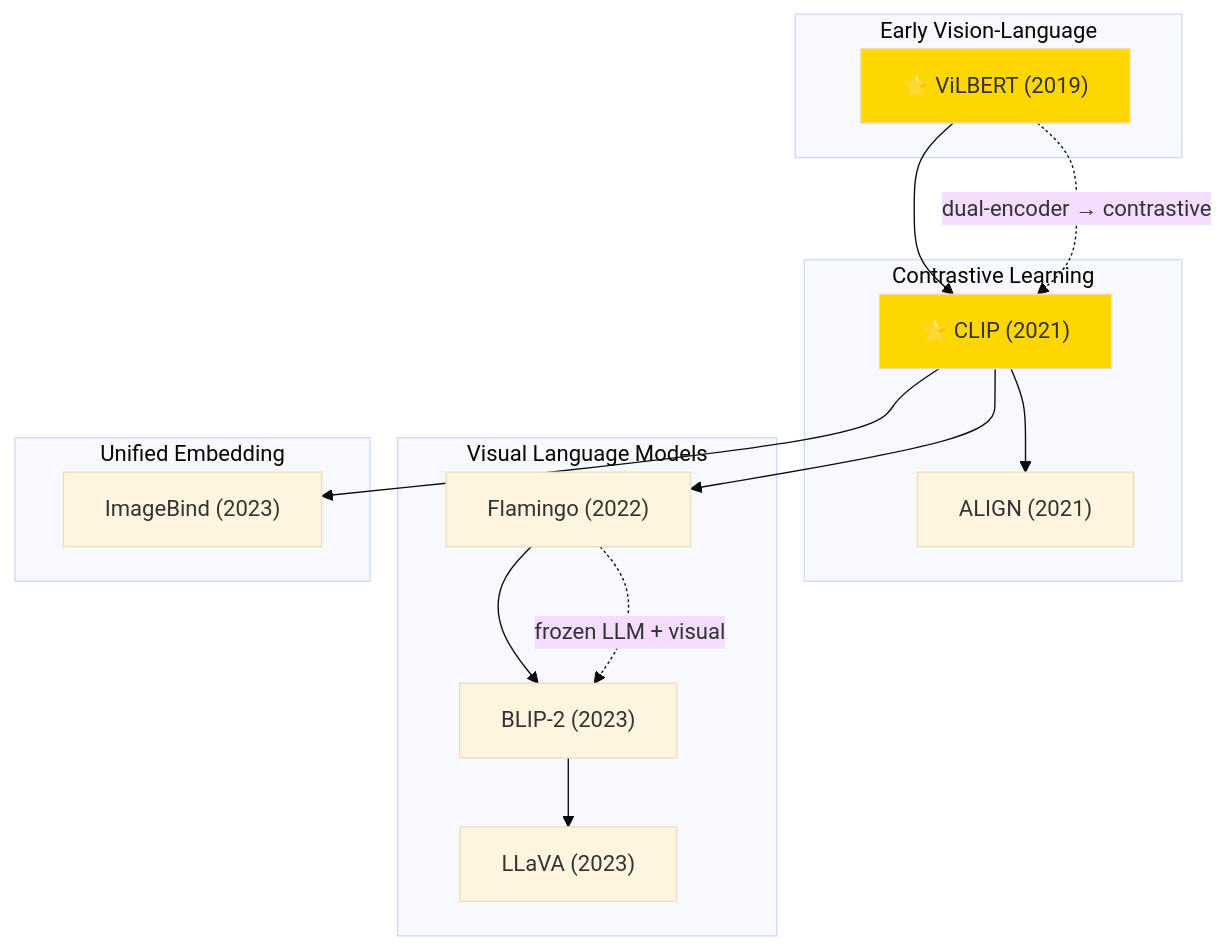
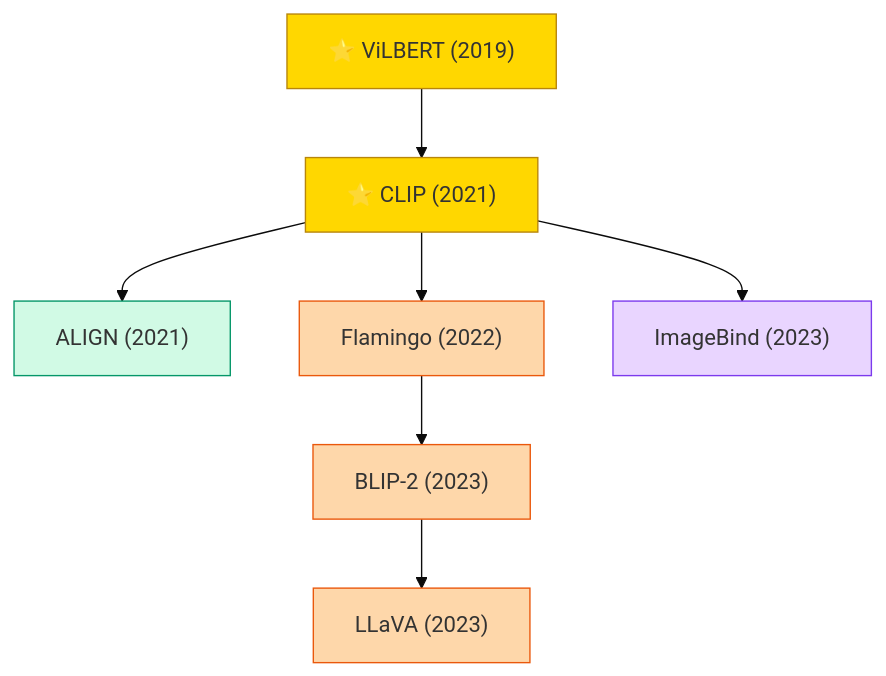
One commit to zerenzhou/Awesome-Machine-Learning-Papers changed the diagram in domains/multimodal/README.md. Above: the diagram before and after it, drawn with Mermaid (base theme). The commit also changed other lines of this file and 14 other files, not shown here.

````diff
--- a/domains/multimodal/README.md
+++ b/domains/multimodal/README.md
@@ -7,27 +7,15 @@
 ```mermaid
 graph TD
-    subgraph Early Vision-Language
-        ViLBERT["⭐ ViLBERT (2019)"]
-    end
+    classDef early fill:#DBEAFE,stroke:#2563EB
+    classDef contrastive fill:#D1FAE5,stroke:#059669
+    classDef vlm fill:#FED7AA,stroke:#EA580C
+    classDef unified fill:#E9D5FF,stroke:#7C3AED
+    classDef star fill:#FFD700,stroke:#B8860B
 
-    subgraph Contrastive Learning
-        ViLBERT --> CLIP["⭐ CLIP (2021)"]
-        CLIP --> ALIGN["ALIGN (2021)"]
-    end
-
-    subgraph Visual Language Models
-        CLIP --> Flamingo["Flamingo (2022)"]
-        Flamingo --> BLIP2["BLIP-2 (2023)"]
-        BLIP2 --> LLaVA["LLaVA (2023)"]
-    end
-
-    subgraph Unified Embedding
-        CLIP --> ImageBind["ImageBind (2023)"]
-    end
-
-    ViLBERT -.->|"dual-encoder → contrastive"| CLIP
-    Flamingo -.->|"frozen LLM + visual"| BLIP2
-
-    style ViLBERT fill:#FFD700
-    style CLIP fill:#FFD700
+    ViLBERT["⭐ ViLBERT (2019)"]:::star --> CLIP["⭐ CLIP (2021)"]:::star
+    CLIP --> ALIGN["ALIGN (2021)"]:::contrastive
+    CLIP --> Flamingo["Flamingo (2022)"]:::vlm
+    Flamingo --> BLIP2["BLIP-2 (2023)"]:::vlm
+    BLIP2 --> LLaVA["LLaVA (2023)"]:::vlm
+    CLIP --> ImageBind["ImageBind (2023)"]:::unified
 ```
````
